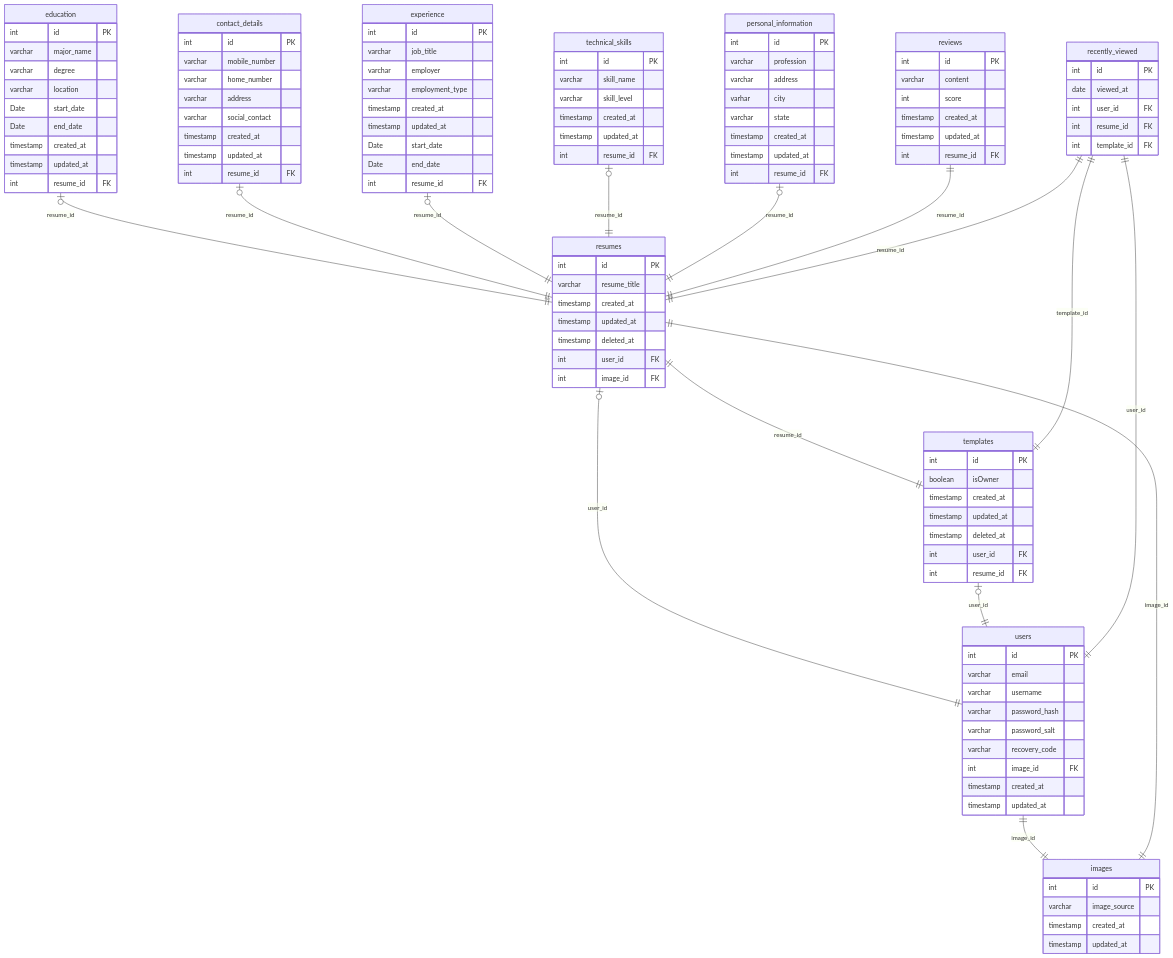
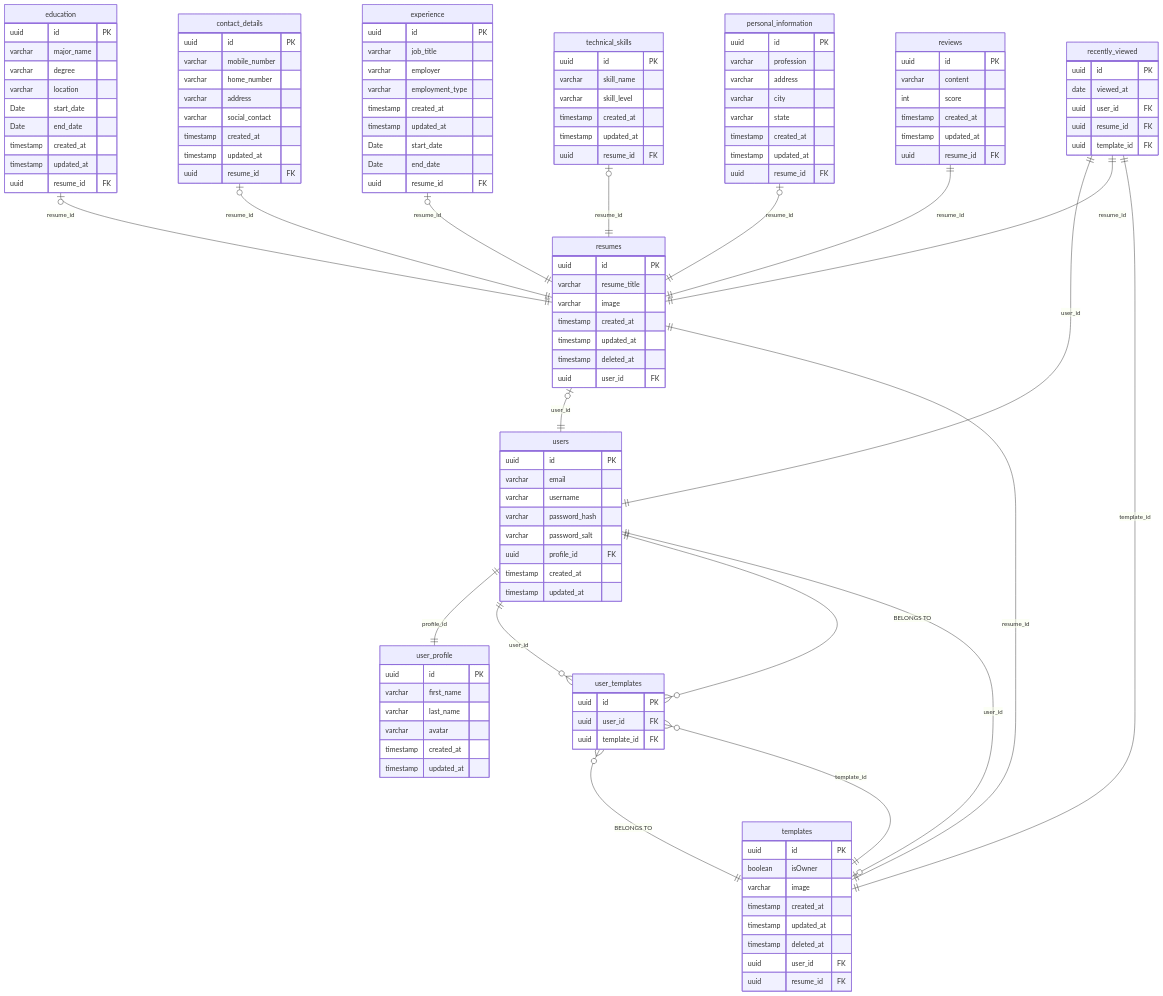
One commit to BinaryStudioAcademy/bsa-winter-2023-2024-resumegemm changed the diagram in readme.md. Above: the diagram before and after it, drawn with Mermaid.

Commit message:
rg-5: * Updated diagram

````diff
--- a/readme.md
+++ b/readme.md
@@ -45,34 +45,35 @@
 ```mermaid
     erDiagram
     users {
-        int id PK
+        uuid id PK
         varchar email
         varchar username
         varchar password_hash
         varchar password_salt
-        varchar recovery_code
-        int image_id FK
+        uuid profile_id FK
         timestamp created_at
         timestamp updated_at
     }
-    images {
-        int id PK
-        varchar image_source
+    user_profile {
+        uuid id PK
+        varchar first_name
+        varchar last_name
+        varchar avatar
         timestamp created_at
         timestamp updated_at
     }
     personal_information {
-        int id PK
+        uuid id PK
         varchar profession
         varchar address
-        varhar city
+        varchar city
         varchar state
         timestamp created_at
         timestamp updated_at
-        int resume_id FK
+        uuid resume_id FK
     }
     experience {
-        int id PK
+        uuid id PK
         varchar job_title
         varchar employer
         varchar employment_type
@@ -80,18 +81,18 @@
         timestamp updated_at
         Date start_date
         Date end_date
-        int resume_id FK
+        uuid resume_id FK
     }
     technical_skills {
-        int id PK
+        uuid id PK
         varchar skill_name
         varchar skill_level
         timestamp created_at
         timestamp updated_at
-        int resume_id FK
+        uuid resume_id FK
     }
     education {
-        int id PK
+        uuid id PK
         varchar major_name
         varchar degree
         varchar location
@@ -99,63 +100,72 @@
         Date end_date
         timestamp created_at
         timestamp updated_at
-        int resume_id FK
+        uuid resume_id FK
     }
     contact_details {
-        int id PK
+        uuid id PK
         varchar mobile_number
         varchar home_number
         varchar address
         varchar social_contact
         timestamp created_at
         timestamp updated_at
-        int resume_id FK
+        uuid resume_id FK
     }
     resumes {
-        int id PK
+        uuid id PK
         varchar resume_title
+        varchar image
         timestamp created_at
         timestamp updated_at
         timestamp deleted_at
-        int user_id FK
-        int image_id FK
+        uuid user_id FK
     }
     templates {
-        int id PK
+        uuid id PK
         boolean isOwner
+        varchar image
         timestamp created_at
         timestamp updated_at
         timestamp deleted_at
-        int user_id FK
-        int resume_id FK
+        uuid user_id FK
+        uuid resume_id FK
     }
     reviews {
-        int id PK
+        uuid id PK
         varchar content
         int score
         timestamp created_at
         timestamp updated_at
-        int resume_id FK
+        uuid resume_id FK
     }
     recently_viewed {
-        int id PK
+        uuid id PK
         date viewed_at
-        int user_id FK
-        int resume_id FK
-        int template_id FK
+        uuid user_id FK
+        uuid resume_id FK
+        uuid template_id FK
+    }
+    user_templates {
+        uuid id PK
+        uuid user_id FK
+        uuid template_id FK
     }
     resumes |o--|| users : user_id
     templates |o--|| users : user_id
-    users ||--|| images : image_id
     education |o--|| resumes : resume_id
     contact_details |o--|| resumes : resume_id
     experience |o--|| resumes : resume_id
+    users ||--|| user_profile: profile_id
     technical_skills |o--|| resumes : resume_id
     personal_information |o--|| resumes : resume_id
-    resumes ||--|| images : image_id
     reviews ||--|| resumes : resume_id
     resumes ||--|| templates : resume_id
     recently_viewed ||--|| users: user_id
     recently_viewed ||--|| resumes: resume_id
     recently_viewed ||--|| templates: template_id
+    users ||--o{ user_templates : "user_id"
+    templates ||--o{ user_templates : "template_id"
+    user_templates }o--|| users : "BELONGS TO"
+    user_templates }o--|| templates : "BELONGS TO"
 ```
````
